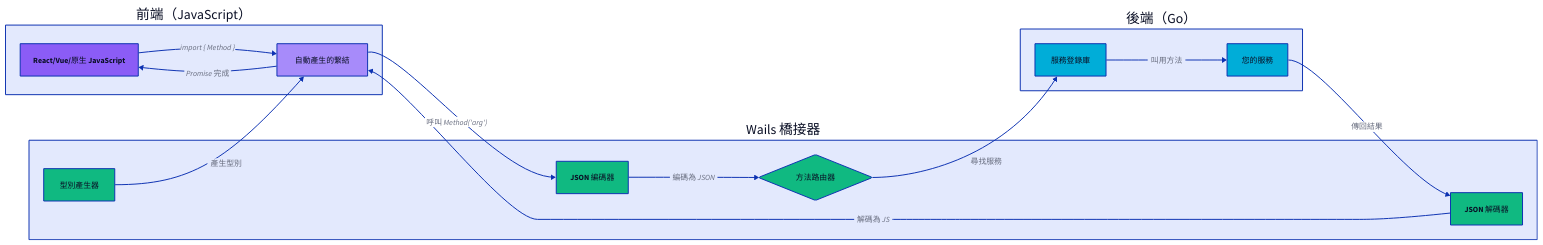
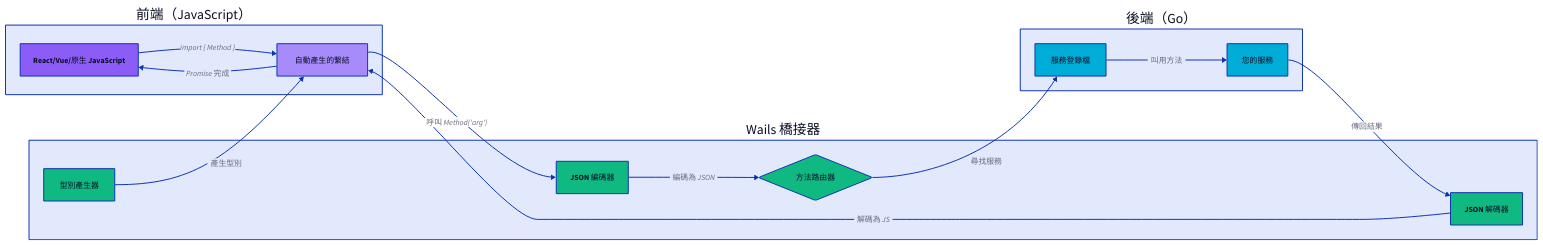
One commit to wailsapp/wails changed the first of 2 diagrams in docs/mpress/content/zh-tw/concepts/bridge.md. Above: the diagram before and after it, drawn with D2. The commit also changed other lines of this file and 1419 other files, not shown here.

````diff
--- a/docs/mpress/content/zh-tw/concepts/bridge.md
+++ b/docs/mpress/content/zh-tw/concepts/bridge.md
@@ -14,59 +14,59 @@
 ```d2
 direction: right
 
 Frontend: 前端（JavaScript） {
   UI: React/Vue/原生 JavaScript {
     shape: rectangle
     style.fill: "#8B5CF6"
   }
 
   Bindings: 自動產生的繫結 {
     shape: rectangle
     style.fill: "#A78BFA"
   }
 }
 
 Bridge: Wails 橋接器 {
   Encoder: JSON 編碼器 {
     shape: rectangle
     style.fill: "#10B981"
   }
 
   Router: 方法路由器 {
     shape: diamond
     style.fill: "#10B981"
   }
 
   Decoder: JSON 解碼器 {
     shape: rectangle
     style.fill: "#10B981"
   }
 
   TypeGen: 型別產生器 {
     shape: rectangle
     style.fill: "#10B981"
   }
 }
 
 Backend: 後端（Go） {
   Services: 您的服務 {
     shape: rectangle
     style.fill: "#00ADD8"
   }
 
-  Registry: 服務登錄庫 {
+  Registry: 服務登錄檔 {
     shape: rectangle
     style.fill: "#00ADD8"
   }
 }
 
 Frontend.UI -> Frontend.Bindings: "import { Method }"
 Frontend.Bindings -> Bridge.Encoder: "呼叫 Method('arg')"
 Bridge.Encoder -> Bridge.Router: 編碼為 JSON
 Bridge.Router -> Backend.Registry: 尋找服務
 Backend.Registry -> Backend.Services: 叫用方法
 Backend.Services -> Bridge.Decoder: 傳回結果
 Bridge.Decoder -> Frontend.Bindings: 解碼為 JS
 Frontend.Bindings -> Frontend.UI: Promise 完成
 Bridge.TypeGen -> Frontend.Bindings: 產生型別
 ```
````
